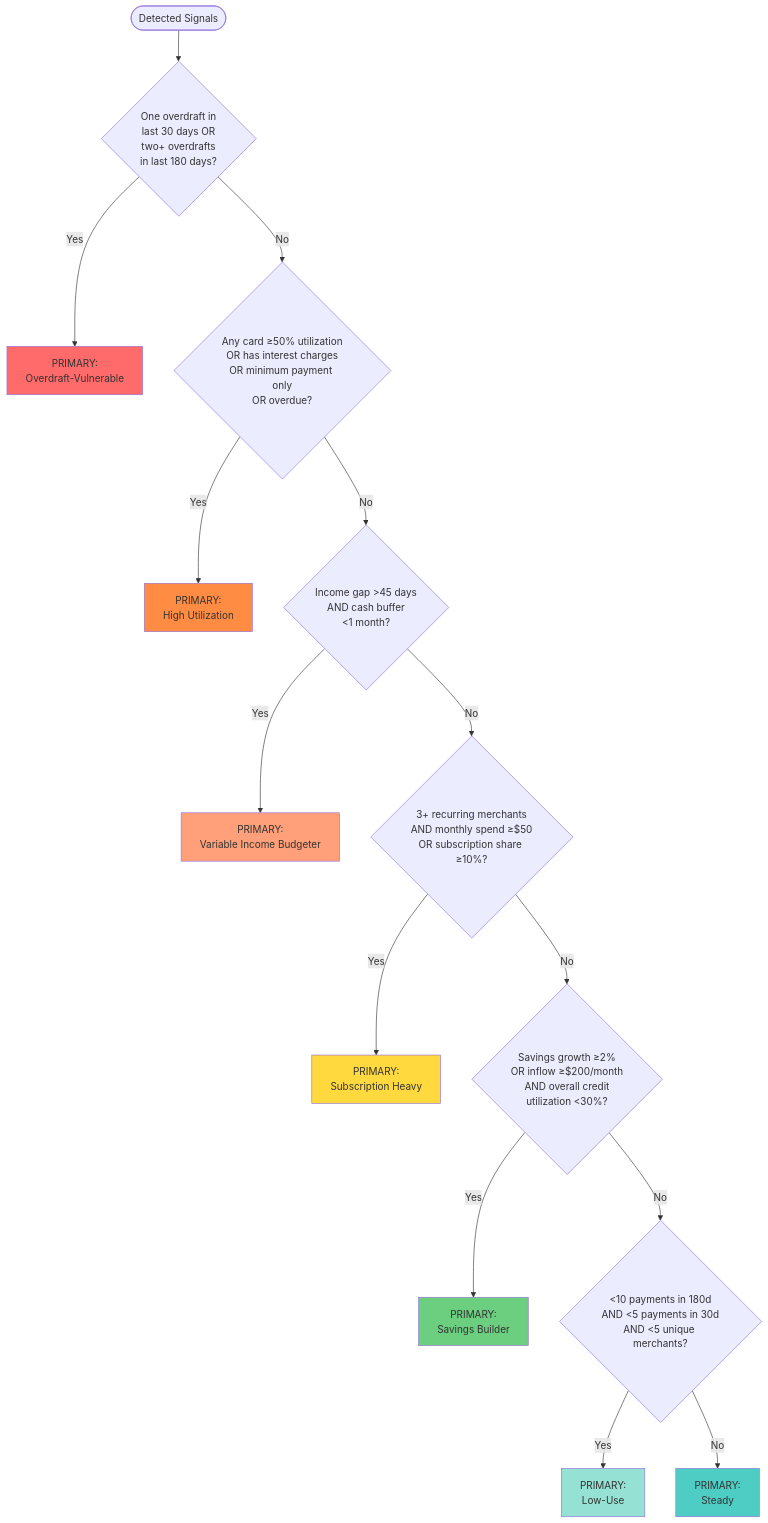
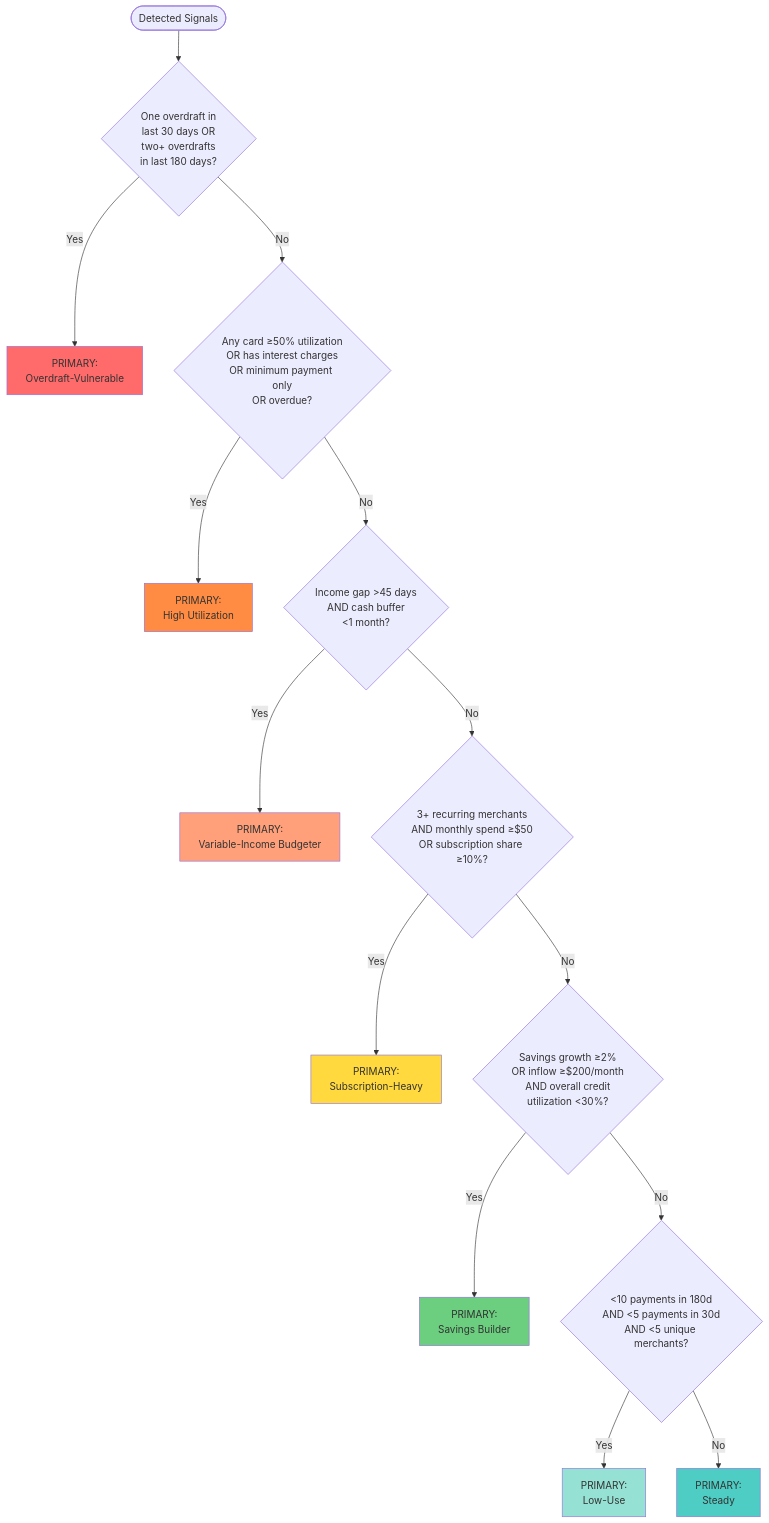
The diagram in docs/persona-assignment.md (NShumway/learn-cents), drawn with Mermaid before and after one commit. The commit also changed other lines of this file and 1 other file, not shown here.

````diff
--- a/docs/persona-assignment.md
+++ b/docs/persona-assignment.md
@@ -45,30 +45,30 @@
 ```mermaid
 flowchart TD
     Start([Detected Signals]) --> Overdraft{One overdraft in<br/>last 30 days OR<br/>two+ overdrafts<br/>in last 180 days?}
 
     Overdraft -->|Yes| P1[PRIMARY:<br/>Overdraft-Vulnerable]
     Overdraft -->|No| Credit{Any card ≥50% utilization<br/>OR has interest charges<br/>OR minimum payment only<br/>OR overdue?}
 
     Credit -->|Yes| P2[PRIMARY:<br/>High Utilization]
     Credit -->|No| Income{Income gap >45 days<br/>AND cash buffer<br/><1 month?}
 
-    Income -->|Yes| P3[PRIMARY:<br/>Variable Income Budgeter]
+    Income -->|Yes| P3[PRIMARY:<br/>Variable-Income Budgeter]
     Income -->|No| Subscription{3+ recurring merchants<br/>AND monthly spend ≥$50<br/>OR subscription share ≥10%?}
 
-    Subscription -->|Yes| P4[PRIMARY:<br/>Subscription Heavy]
+    Subscription -->|Yes| P4[PRIMARY:<br/>Subscription-Heavy]
     Subscription -->|No| Saver{Savings growth ≥2%<br/>OR inflow ≥$200/month<br/>AND overall credit<br/>utilization <30%?}
 
     Saver -->|Yes| P5[PRIMARY:<br/>Savings Builder]
     Saver -->|No| LowUse{<10 payments in 180d<br/>AND <5 payments in 30d<br/>AND <5 unique merchants?}
 
     LowUse -->|Yes| P6[PRIMARY:<br/>Low-Use]
     LowUse -->|No| P7[PRIMARY:<br/>Steady]
 
     style P1 fill:#ff6b6b
     style P2 fill:#ff8c42
     style P3 fill:#ffa07a
     style P4 fill:#ffd93d
     style P5 fill:#6bcf7f
     style P6 fill:#95e1d3
     style P7 fill:#4ecdc4
 ```
````
